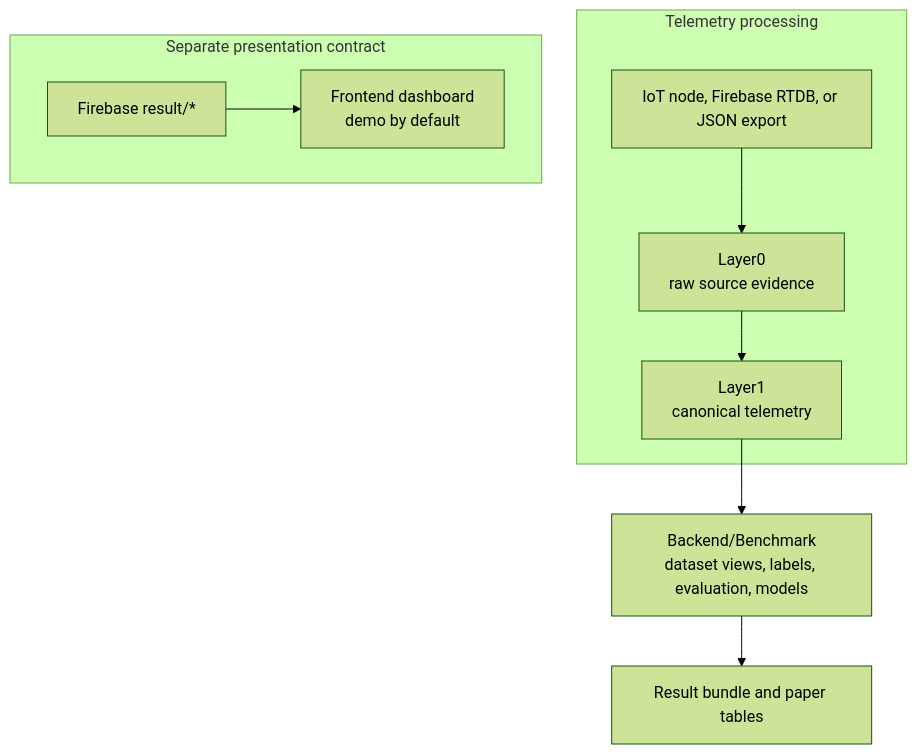
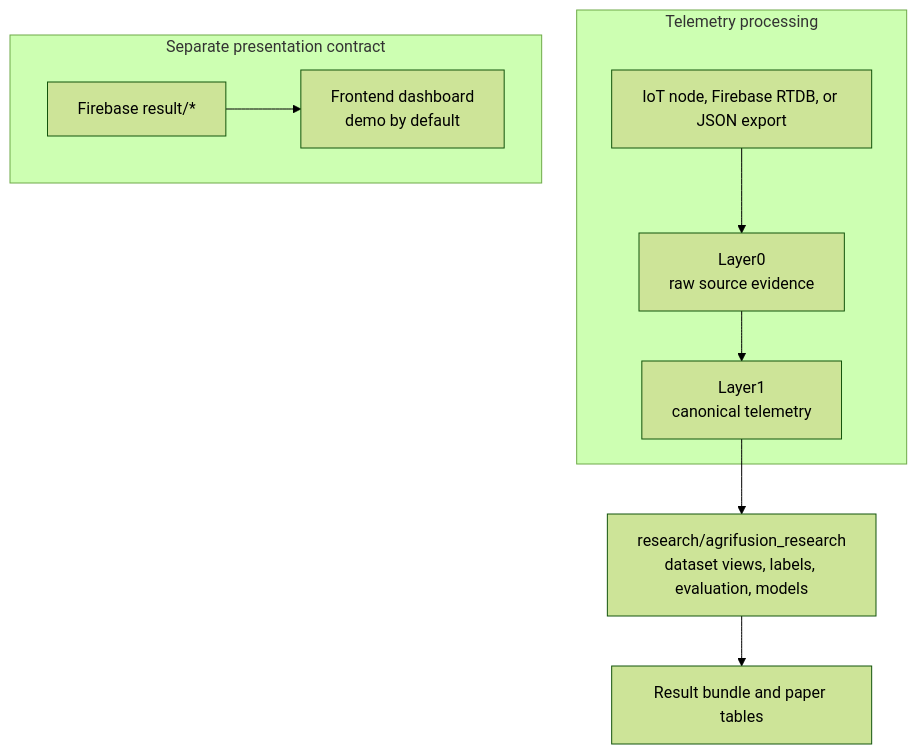
One commit to lawnguyenit/AgriFusion-IoT changed the diagram in README.md. Above: the diagram before and after it, drawn with Mermaid (forest theme). The commit also changed other lines of this file and 749 other files, not shown here.

````diff
--- a/README.md
+++ b/README.md
@@ -54,18 +54,18 @@
 ```mermaid
 flowchart TB
     subgraph telemetry[Telemetry processing]
         source[IoT node, Firebase RTDB, or JSON export]
         layer0[Layer0<br/>raw source evidence]
         layer1[Layer1<br/>canonical telemetry]
         source --> layer0 --> layer1
     end
 
-    layer1 --> benchmark[Backend/Benchmark<br/>dataset views, labels, evaluation, models]
+    layer1 --> benchmark[research/agrifusion_research<br/>dataset views, labels, evaluation, models]
     benchmark --> bundle[Result bundle and paper tables]
 
     subgraph presentation[Separate presentation contract]
         result[Firebase result/*]
         dashboard[Frontend dashboard<br/>demo by default]
         result --> dashboard
     end
 ```
````
